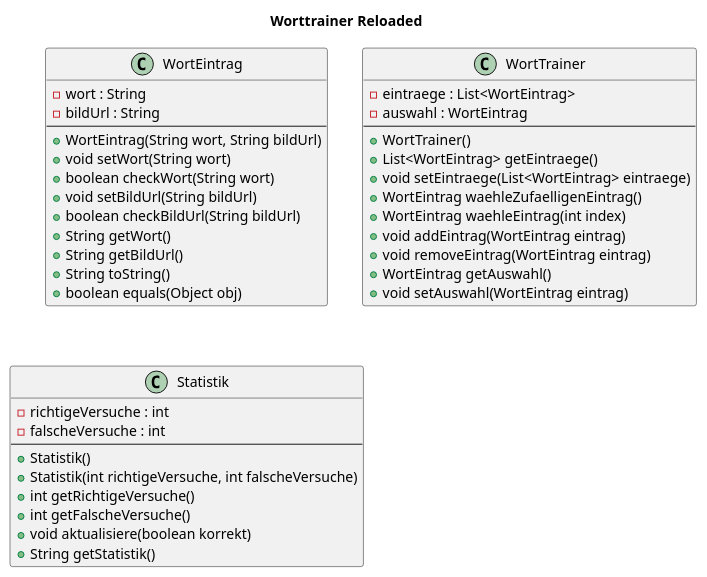
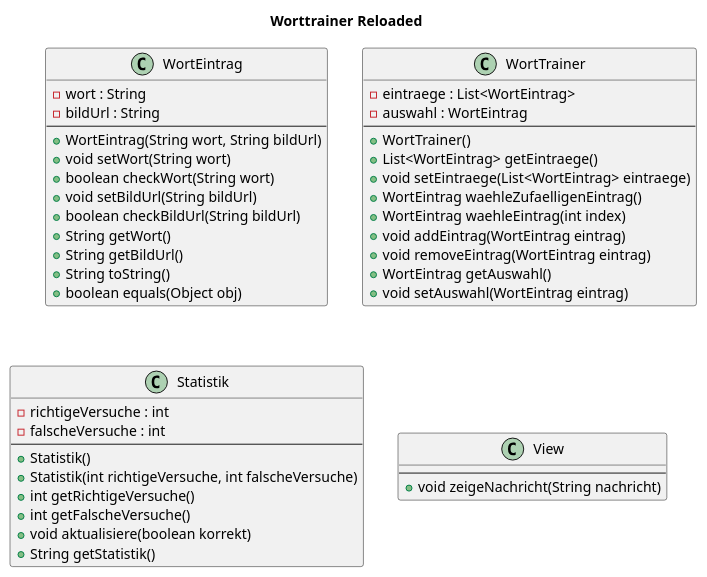
One commit to TGM-HIT/sew9-2425-worttrainer-fpolichetti changed the diagram in UML/worttrainer_PUML.puml. Above: the diagram before and after it, drawn with PlantUML.

Commit message:
[FEATURE 5.1] [ENTWURF] View UML

```diff
--- a/UML/worttrainer_PUML.puml
+++ b/UML/worttrainer_PUML.puml
@@ -1,46 +1,51 @@
 @startuml
 title: Worttrainer Reloaded
 
 class WortEintrag {
   -wort : String
   -bildUrl : String
   --
   +WortEintrag(String wort, String bildUrl)
   +void setWort(String wort)
   +boolean checkWort(String wort)
   +void setBildUrl(String bildUrl)
   +boolean checkBildUrl(String bildUrl)
   +String getWort()
   +String getBildUrl()
   +String toString()
   +boolean equals(Object obj)
 }
 
 class WortTrainer {
   -eintraege : List<WortEintrag>
   -auswahl : WortEintrag
   --
   +WortTrainer()
   +List<WortEintrag> getEintraege()
   +void setEintraege(List<WortEintrag> eintraege)
   +WortEintrag waehleZufaelligenEintrag()
   +WortEintrag waehleEintrag(int index)
   +void addEintrag(WortEintrag eintrag)
   +void removeEintrag(WortEintrag eintrag)
   +WortEintrag getAuswahl()
   +void setAuswahl(WortEintrag eintrag)
 }
 
 class Statistik {
   -richtigeVersuche : int
   -falscheVersuche : int
   --
   +Statistik()
   +Statistik(int richtigeVersuche, int falscheVersuche)
   +int getRichtigeVersuche()
   +int getFalscheVersuche()
   +void aktualisiere(boolean korrekt)
   +String getStatistik()
 }
 
+class View {
+  --
+  +void zeigeNachricht(String nachricht)
+}
+
 @enduml
```
